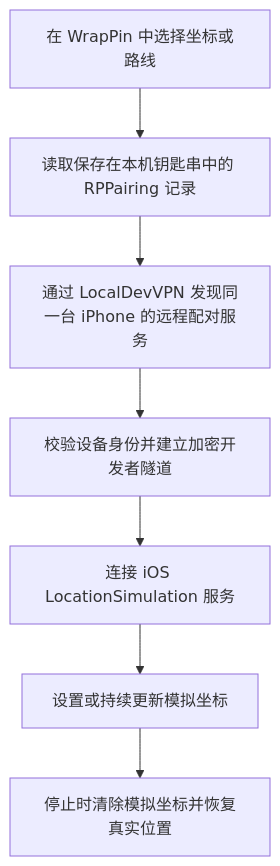
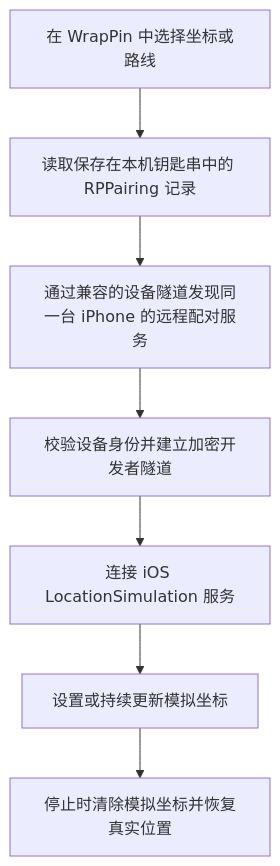
The diagram in README.md (TonyT-T-T/WrapPin), drawn with Mermaid before and after one commit. The commit also changed other lines of this file and 23 other files, not shown here.

````diff
--- a/README.md
+++ b/README.md
@@ -73,9 +74,9 @@
 ```mermaid
 flowchart TD
     A[在 WrapPin 中选择坐标或路线] --> B[读取保存在本机钥匙串中的 RPPairing 记录]
-    B --> C[通过 LocalDevVPN 发现同一台 iPhone 的远程配对服务]
+    B --> C[通过兼容的设备隧道发现同一台 iPhone 的远程配对服务]
     C --> D[校验设备身份并建立加密开发者隧道]
     D --> E[连接 iOS LocationSimulation 服务]
     E --> F[设置或持续更新模拟坐标]
     F --> G[停止时清除模拟坐标并恢复真实位置]
 ```
````
